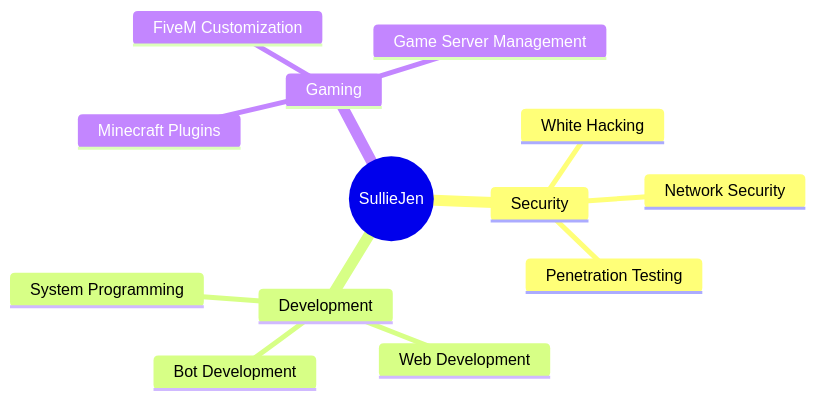
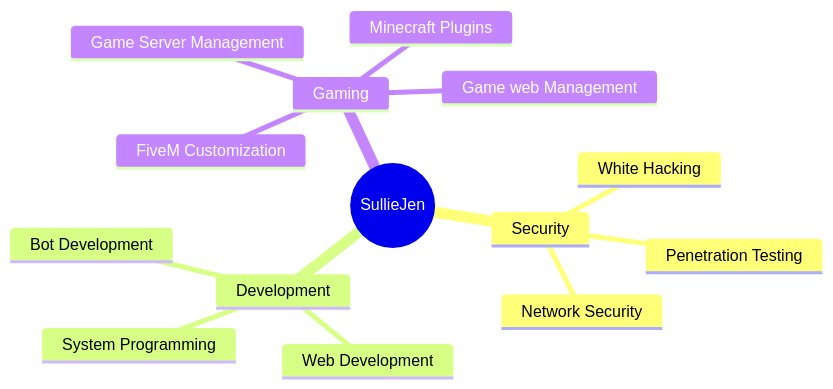
The diagram in README.md (Sulliejen/sulliejen), drawn with Mermaid before and after one commit.

Commit message:
Add 'Game web Management' to README categories

````diff
--- a/README.md
+++ b/README.md
@@ -92,16 +92,17 @@
 ```mermaid
   mindmap
     root((SullieJen))
       Security
         White Hacking
         Network Security
         Penetration Testing
       Development
         System Programming
         Web Development
         Bot Development
       Gaming
         Minecraft Plugins
         FiveM Customization
         Game Server Management
+        Game web Management
 ```
````
